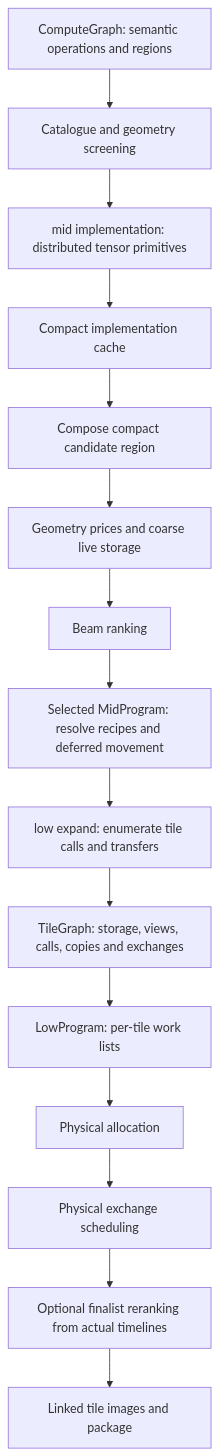
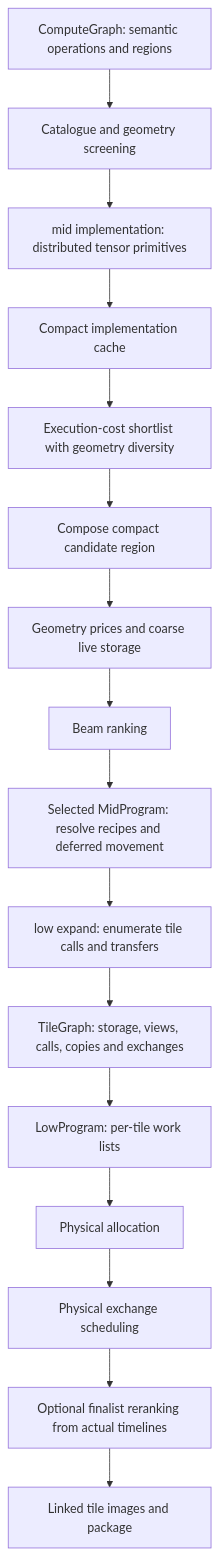
One commit to osmarks/ipu-stack changed the first of 4 diagrams in docs/COMPILER_DATA_FLOW.md. Above: the diagram before and after it, drawn with Mermaid. The commit also changed 9 other files, not shown here.

Commit message:
Rank shortlists by compact execution cost and preserve GEMM geometry

````diff
--- a/docs/COMPILER_DATA_FLOW.md
+++ b/docs/COMPILER_DATA_FLOW.md
@@ -8,17 +8,18 @@
 ```mermaid
 flowchart TD
   G[ComputeGraph: semantic operations and regions] --> C[Catalogue and geometry screening]
   C --> B[mid implementation: distributed tensor primitives]
   B --> CACHE[Compact implementation cache]
-  CACHE --> REGION[Compose compact candidate region]
+  CACHE --> SHORT[Execution-cost shortlist with geometry diversity]
+  SHORT --> REGION[Compose compact candidate region]
   REGION --> COST[Geometry prices and coarse live storage]
   COST --> BEAM[Beam ranking]
   BEAM --> FINAL[Selected MidProgram: resolve recipes and deferred movement]
   FINAL --> EXPAND[low expand: enumerate tile calls and transfers]
   EXPAND --> TG[TileGraph: storage, views, calls, copies and exchanges]
   TG --> LOW[LowProgram: per-tile work lists]
   LOW --> PLACE[Physical allocation]
   PLACE --> EX[Physical exchange scheduling]
   EX --> REFINE[Optional finalist reranking from actual timelines]
   REFINE --> IMAGE[Linked tile images and package]
 ```
````
